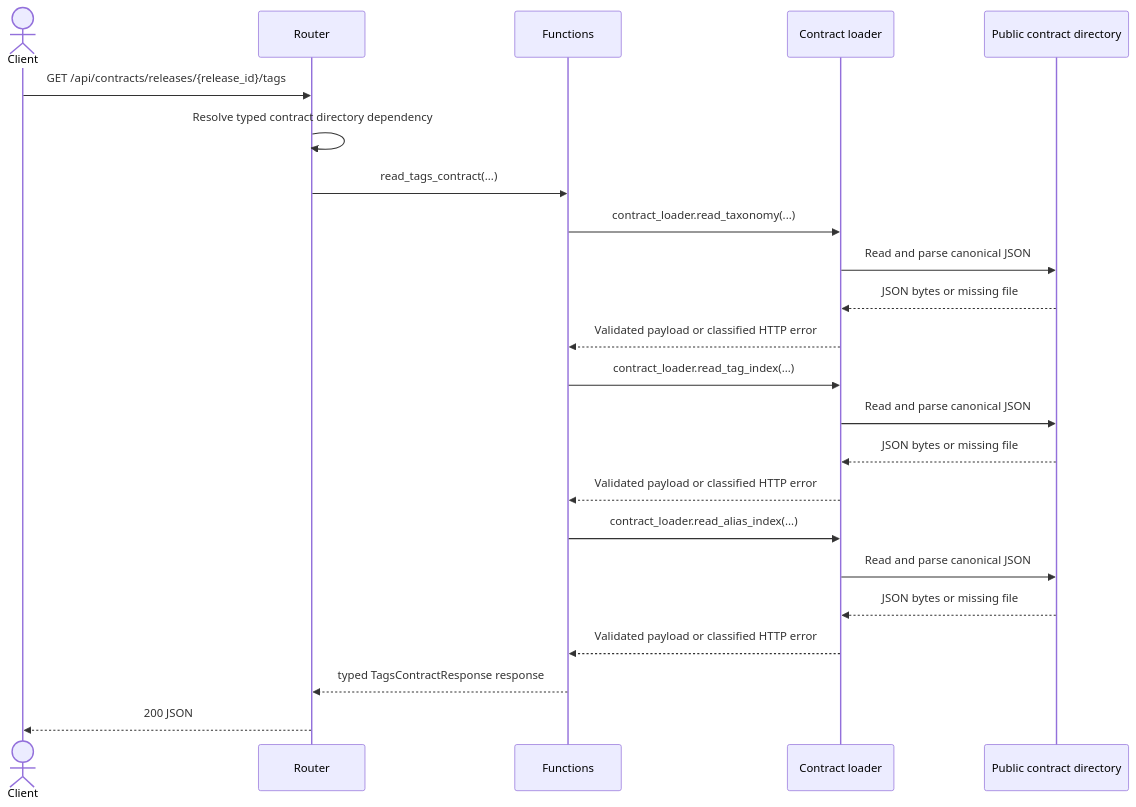
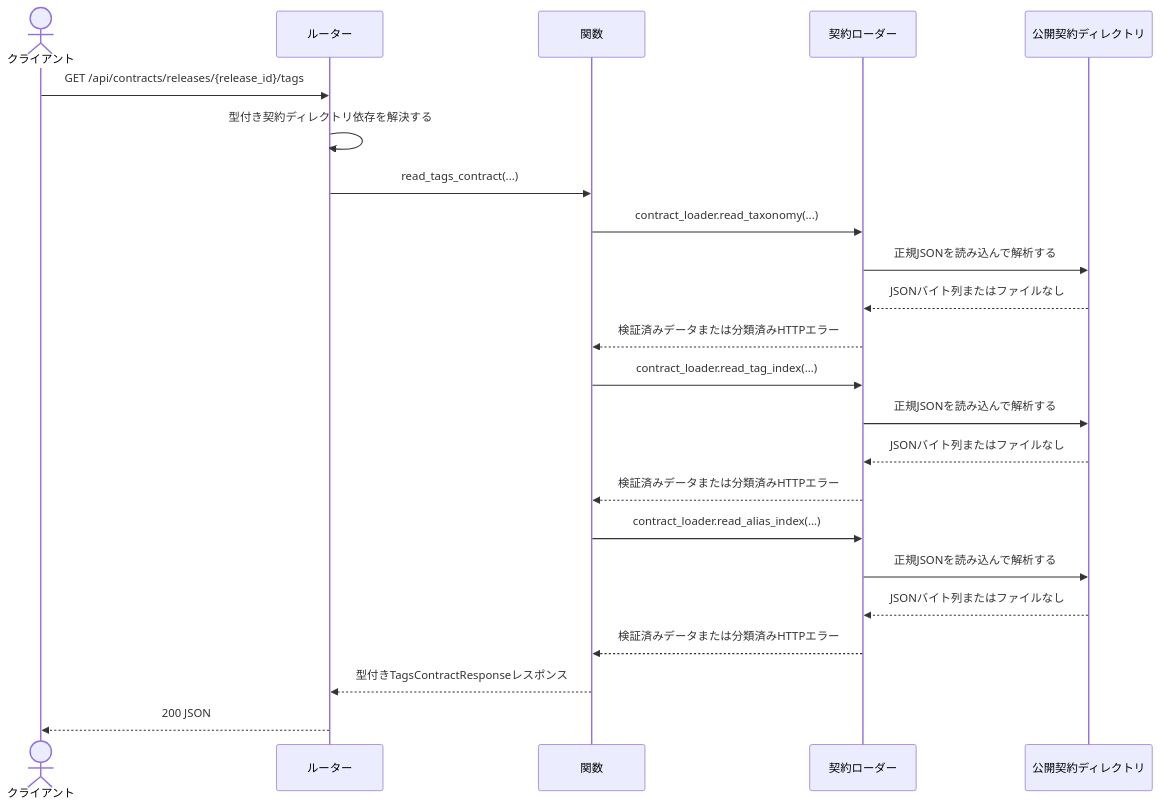
The diagram in backend/docs/api/operations/getReleaseTagsContract/sequence.gen.md (tsuji-tomonori/diopside-v7), drawn with Mermaid before and after one commit. The commit also changed other lines of this file and 142 other files, not shown here.

````diff
--- a/backend/docs/api/operations/getReleaseTagsContract/sequence.gen.md
+++ b/backend/docs/api/operations/getReleaseTagsContract/sequence.gen.md
@@ -3,25 +3,25 @@
 ```mermaid
 sequenceDiagram
-    actor Client
-    participant Router
-    participant Functions
-    participant Loader as Contract loader
-    participant Storage as Public contract directory
+    actor Client as クライアント
+    participant Router as ルーター
+    participant Functions as 関数
+    participant Loader as 契約ローダー
+    participant Storage as 公開契約ディレクトリ
     Client->>Router: GET /api/contracts/releases/{release_id}/tags
-    Router->>Router: Resolve typed contract directory dependency
+    Router->>Router: 型付き契約ディレクトリ依存を解決する
     Router->>Functions: read_tags_contract(...) 
     Functions->>Loader: contract_loader.read_taxonomy(...) 
-    Loader->>Storage: Read and parse canonical JSON
-    Storage-->>Loader: JSON bytes or missing file
-    Loader-->>Functions: Validated payload or classified HTTP error
+    Loader->>Storage: 正規JSONを読み込んで解析する
+    Storage-->>Loader: JSONバイト列またはファイルなし
+    Loader-->>Functions: 検証済みデータまたは分類済みHTTPエラー
     Functions->>Loader: contract_loader.read_tag_index(...) 
-    Loader->>Storage: Read and parse canonical JSON
-    Storage-->>Loader: JSON bytes or missing file
-    Loader-->>Functions: Validated payload or classified HTTP error
+    Loader->>Storage: 正規JSONを読み込んで解析する
+    Storage-->>Loader: JSONバイト列またはファイルなし
+    Loader-->>Functions: 検証済みデータまたは分類済みHTTPエラー
     Functions->>Loader: contract_loader.read_alias_index(...) 
-    Loader->>Storage: Read and parse canonical JSON
-    Storage-->>Loader: JSON bytes or missing file
-    Loader-->>Functions: Validated payload or classified HTTP error
-    Functions-->>Router: typed TagsContractResponse response
+    Loader->>Storage: 正規JSONを読み込んで解析する
+    Storage-->>Loader: JSONバイト列またはファイルなし
+    Loader-->>Functions: 検証済みデータまたは分類済みHTTPエラー
+    Functions-->>Router: 型付きTagsContractResponseレスポンス
     Router-->>Client: 200 JSON
 ```
````
